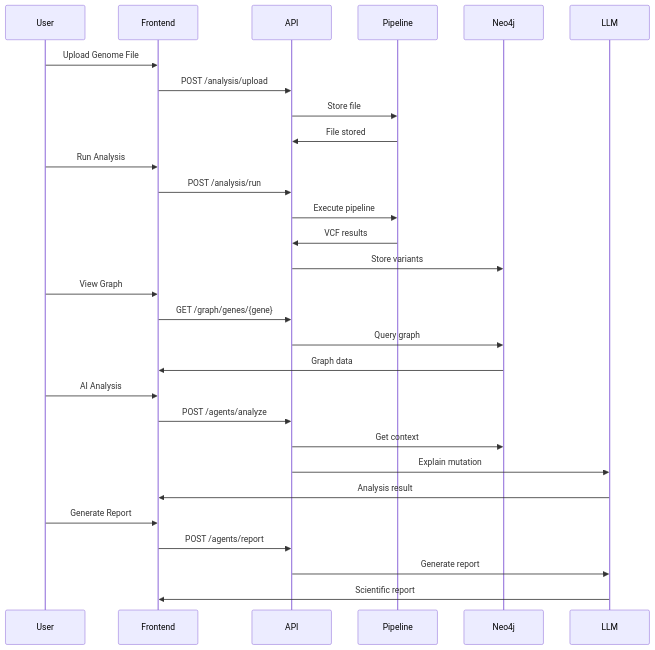
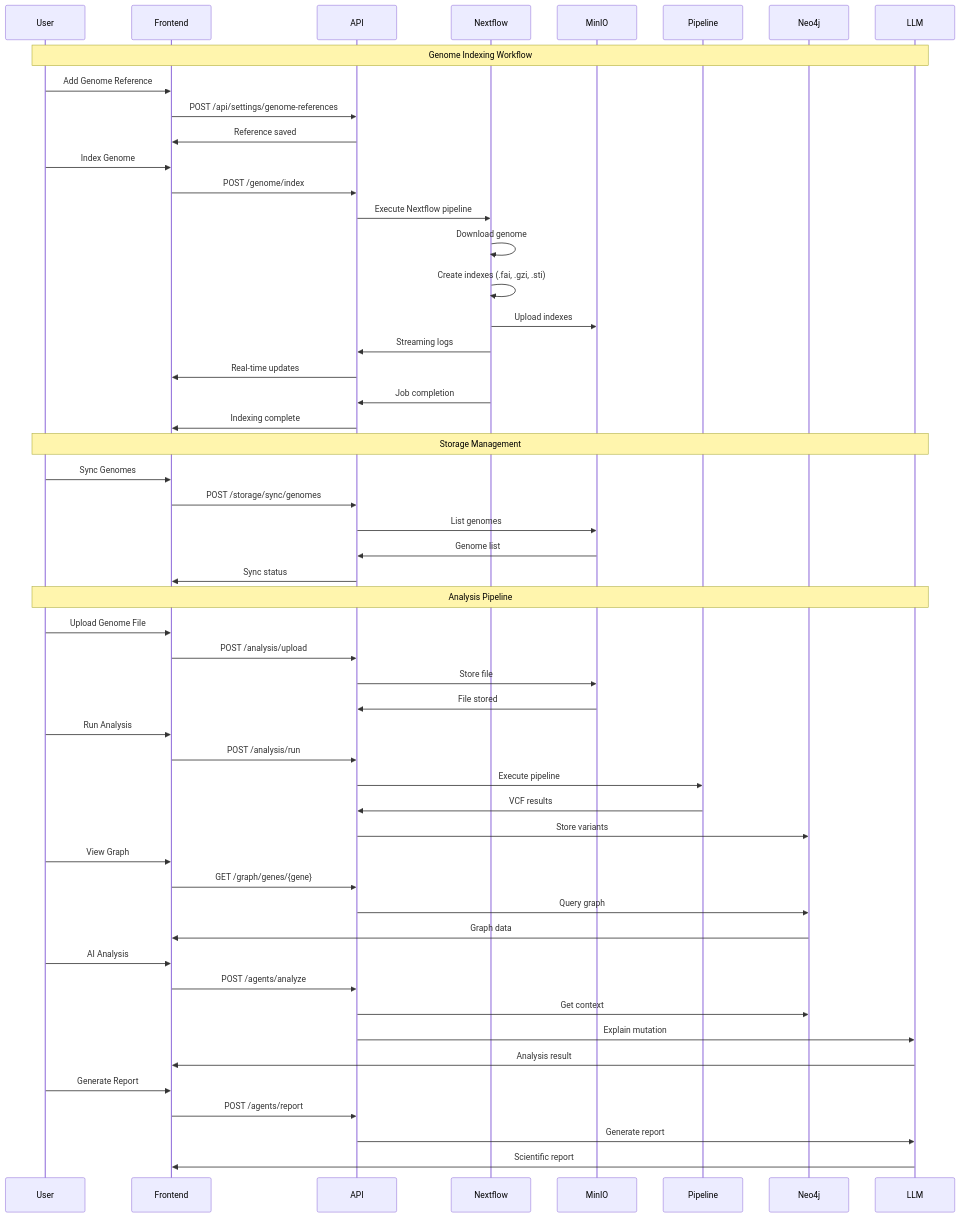
The second of 2 diagrams in README.md (rendergraf/AI-Genomics-Lab), drawn with Mermaid before and after one commit. The commit also changed other lines of this file, not shown here.

````diff
--- a/README.md
+++ b/README.md
@@ -150,36 +180,62 @@
 ```mermaid
 sequenceDiagram
     participant User
     participant Frontend
     participant API
+    participant Nextflow
+    participant MinIO
     participant Pipeline
     participant Neo4j
     participant LLM
 
+    Note over User,LLM: Genome Indexing Workflow
+    User->>Frontend: Add Genome Reference
+    Frontend->>API: POST /api/settings/genome-references
+    API->>Frontend: Reference saved
+    
+    User->>Frontend: Index Genome
+    Frontend->>API: POST /genome/index
+    API->>Nextflow: Execute Nextflow pipeline
+    Nextflow->>Nextflow: Download genome
+    Nextflow->>Nextflow: Create indexes (.fai, .gzi, .sti)
+    Nextflow->>MinIO: Upload indexes
+    Nextflow->>API: Streaming logs
+    API->>Frontend: Real-time updates
+    Nextflow->>API: Job completion
+    API->>Frontend: Indexing complete
+    
+    Note over User,LLM: Storage Management
+    User->>Frontend: Sync Genomes
+    Frontend->>API: POST /storage/sync/genomes
+    API->>MinIO: List genomes
+    MinIO->>API: Genome list
+    API->>Frontend: Sync status
+    
+    Note over User,LLM: Analysis Pipeline
     User->>Frontend: Upload Genome File
     Frontend->>API: POST /analysis/upload
-    API->>Pipeline: Store file
-    Pipeline->>API: File stored
+    API->>MinIO: Store file
+    MinIO->>API: File stored
     
     User->>Frontend: Run Analysis
     Frontend->>API: POST /analysis/run
     API->>Pipeline: Execute pipeline
     Pipeline->>API: VCF results
     
     API->>Neo4j: Store variants
     User->>Frontend: View Graph
     Frontend->>API: GET /graph/genes/{gene}
     API->>Neo4j: Query graph
     Neo4j->>Frontend: Graph data
     
     User->>Frontend: AI Analysis
     Frontend->>API: POST /agents/analyze
     API->>Neo4j: Get context
     API->>LLM: Explain mutation
     LLM->>Frontend: Analysis result
     
     User->>Frontend: Generate Report
     Frontend->>API: POST /agents/report
     API->>LLM: Generate report
     LLM->>Frontend: Scientific report
 ```
````
